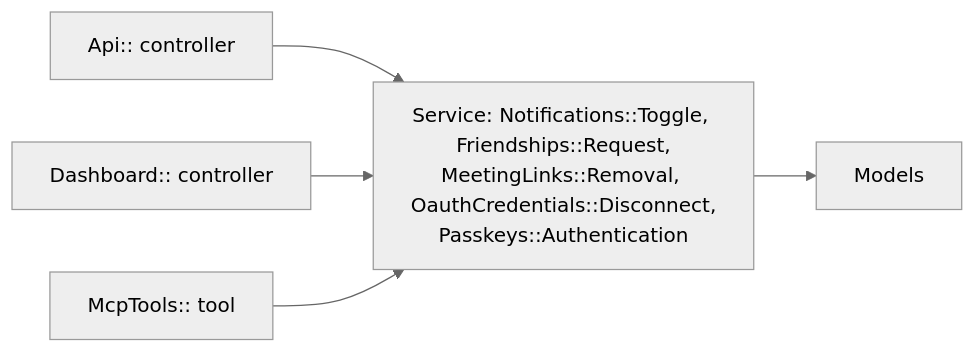
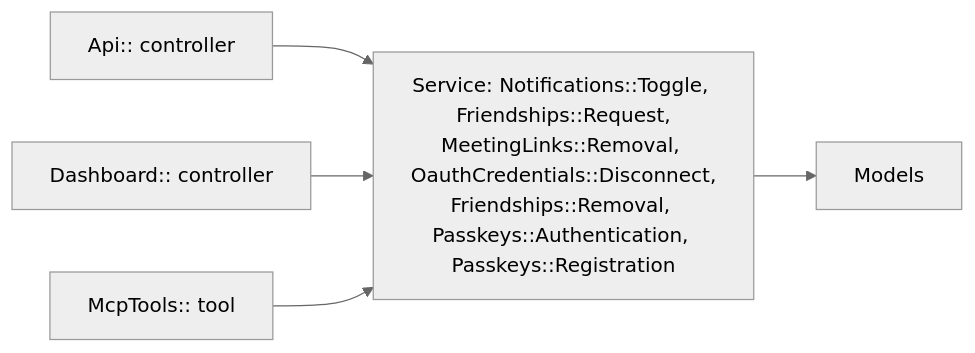
The fourth of 4 diagrams in docs/architecture.md (WITCodingClub/calendar-backend), drawn with Mermaid (neutral theme) before and after one commit. The commit also changed other lines of this file and 97 other files, not shown here.

First line of the commit message:
refactor: share friend removal, passkey registration and one admin role table (#1038)

````diff
--- a/docs/architecture.md
+++ b/docs/architecture.md
@@ -113,7 +114,7 @@
 ```mermaid
 flowchart LR
-  API["Api:: controller"] --> S["Service: Notifications::Toggle, Friendships::Request,<br/>MeetingLinks::Removal, OauthCredentials::Disconnect,<br/>Passkeys::Authentication"]
+  API["Api:: controller"] --> S["Service: Notifications::Toggle, Friendships::Request,<br/>MeetingLinks::Removal, OauthCredentials::Disconnect,<br/>Friendships::Removal, Passkeys::Authentication, Passkeys::Registration"]
   D["Dashboard:: controller"] --> S
   M["McpTools:: tool"] --> S
   S --> Models
 ```
````
